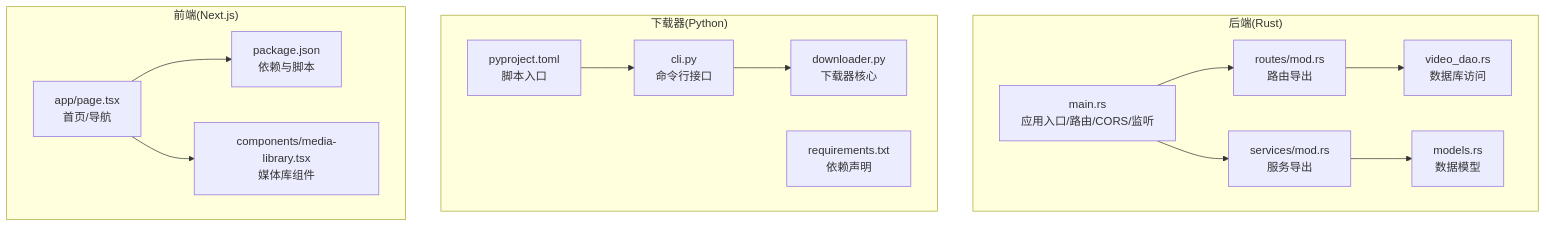
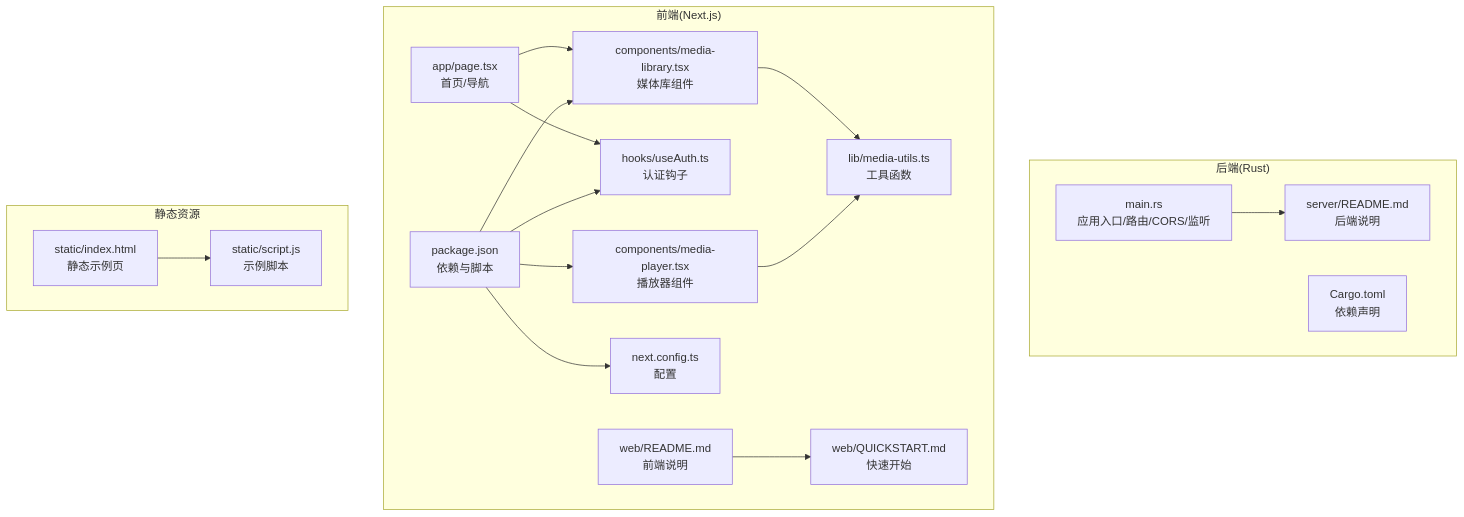
Before and after one commit to Sunrisies/videos: the first of 10 diagrams in .qoder/repowiki/zh/content/文档.md, drawn with Mermaid. The commit also changed other lines of this file and 2 other files, not shown here.

````diff
--- a/.qoder/repowiki/zh/content/文档.md
+++ b/.qoder/repowiki/zh/content/文档.md
@@ -44,29 +43,34 @@
 ```mermaid
 graph TB
 subgraph "后端(Rust)"
 A_main["main.rs<br/>应用入口/路由/CORS/监听"]
-A_models["models.rs<br/>数据模型"]
-A_routes["routes/mod.rs<br/>路由导出"]
-A_services["services/mod.rs<br/>服务导出"]
-A_db["video_dao.rs<br/>数据库访问"]
-end
-subgraph "下载器(Python)"
-P_core["downloader.py<br/>下载器核心"]
-P_cli["cli.py<br/>命令行接口"]
-P_cfg["pyproject.toml<br/>脚本入口"]
-P_req["requirements.txt<br/>依赖声明"]
+A_deps["Cargo.toml<br/>依赖声明"]
+A_srv_readme["server/README.md<br/>后端说明"]
 end
 subgraph "前端(Next.js)"
 N_pkg["package.json<br/>依赖与脚本"]
-N_home["app/page.tsx<br/>首页/导航"]
+N_page["app/page.tsx<br/>首页/导航"]
 N_lib["components/media-library.tsx<br/>媒体库组件"]
+N_player["components/media-player.tsx<br/>播放器组件"]
+N_utils["lib/media-utils.ts<br/>工具函数"]
+N_auth["hooks/useAuth.ts<br/>认证钩子"]
+N_nextcfg["next.config.ts<br/>配置"]
+N_web_readme["web/README.md<br/>前端说明"]
+N_web_quick["web/QUICKSTART.md<br/>快速开始"]
 end
-A_main --> A_routes
-A_main --> A_services
-A_routes --> A_db
-A_services --> A_models
-P_cfg --> P_cli
-P_cli --> P_core
-N_home --> N_lib
-N_home --> N_pkg
+subgraph "静态资源"
+S_html["static/index.html<br/>静态示例页"]
+S_js["static/script.js<br/>示例脚本"]
+end
+A_main --> A_srv_readme
+N_page --> N_lib
+N_page --> N_auth
+N_lib --> N_utils
+N_player --> N_utils
+N_pkg --> N_player
+N_pkg --> N_lib
+N_pkg --> N_auth
+N_pkg --> N_nextcfg
+N_web_readme --> N_web_quick
+S_html --> S_js
 ```
````
